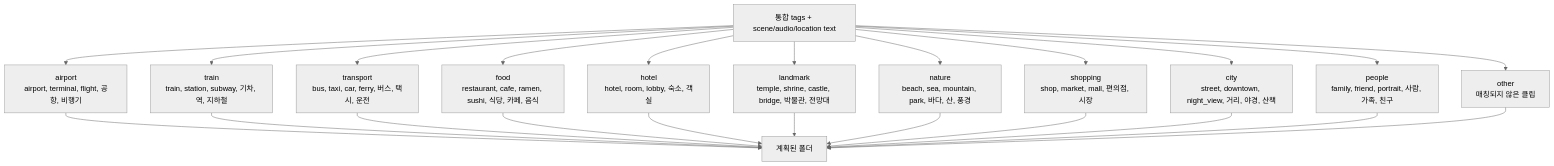
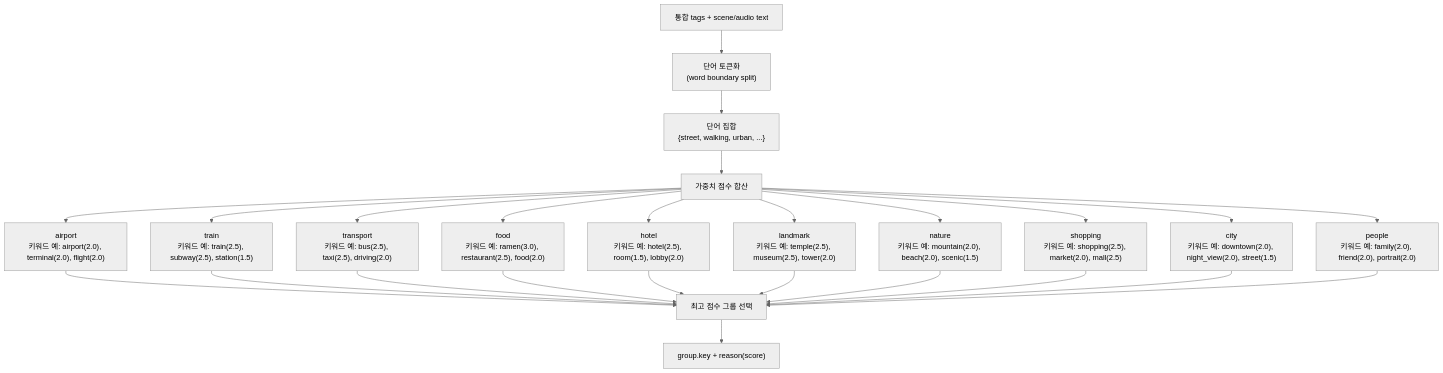
Before and after one commit to gongdongho12/clip-indexer: the second of 2 diagrams in README.md, drawn with Mermaid (neutral theme). The commit also changed other lines of this file, not shown here.

Commit message:
docs: update README with score-weighted classification flow

````diff
--- a/README.md
+++ b/README.md
@@ -267,26 +328,29 @@
 ```mermaid
 flowchart TB
-  Tags["통합 tags + scene/audio/location text"] --> Airport["airport\nairport, terminal, flight, 공항, 비행기"]
-  Tags --> Train["train\ntrain, station, subway, 기차, 역, 지하철"]
-  Tags --> Transport["transport\nbus, taxi, car, ferry, 버스, 택시, 운전"]
-  Tags --> Food["food\nrestaurant, cafe, ramen, sushi, 식당, 카페, 음식"]
-  Tags --> Hotel["hotel\nhotel, room, lobby, 숙소, 객실"]
-  Tags --> Landmark["landmark\ntemple, shrine, castle, bridge, 박물관, 전망대"]
-  Tags --> Nature["nature\nbeach, sea, mountain, park, 바다, 산, 풍경"]
-  Tags --> Shopping["shopping\nshop, market, mall, 편의점, 시장"]
-  Tags --> City["city\nstreet, downtown, night_view, 거리, 야경, 산책"]
-  Tags --> People["people\nfamily, friend, portrait, 사람, 가족, 친구"]
-  Tags --> Other["other\n매칭되지 않은 클립"]
+  Input["통합 tags + scene/audio text"] --> Tokenizer["단어 토큰화\n(word boundary split)"]
+  Tokenizer --> WordSet["단어 집합\n{street, walking, urban, ...}"]
+  WordSet --> Scorer["가중치 점수 합산"]
 
-  Airport --> PlannedFolder["계획된 폴더"]
-  Train --> PlannedFolder
-  Transport --> PlannedFolder
-  Food --> PlannedFolder
-  Hotel --> PlannedFolder
-  Landmark --> PlannedFolder
-  Nature --> PlannedFolder
-  Shopping --> PlannedFolder
-  City --> PlannedFolder
-  People --> PlannedFolder
-  Other --> PlannedFolder
+  Scorer --> Airport["airport\n키워드 예: airport(2.0), terminal(2.0), flight(2.0)"]
+  Scorer --> Train["train\n키워드 예: train(2.5), subway(2.5), station(1.5)"]
+  Scorer --> Transport["transport\n키워드 예: bus(2.5), taxi(2.5), driving(2.0)"]
+  Scorer --> Food["food\n키워드 예: ramen(3.0), restaurant(2.5), food(2.0)"]
+  Scorer --> Hotel["hotel\n키워드 예: hotel(2.5), room(1.5), lobby(2.0)"]
+  Scorer --> Landmark["landmark\n키워드 예: temple(2.5), museum(2.5), tower(2.0)"]
+  Scorer --> Nature["nature\n키워드 예: mountain(2.0), beach(2.0), scenic(1.5)"]
+  Scorer --> Shopping["shopping\n키워드 예: shopping(2.5), market(2.0), mall(2.5)"]
+  Scorer --> City["city\n키워드 예: downtown(2.0), night_view(2.0), street(1.5)"]
+  Scorer --> People["people\n키워드 예: family(2.0), friend(2.0), portrait(2.0)"]
+
+  Airport --> Winner["최고 점수 그룹 선택"]
+  Train --> Winner
+  Transport --> Winner
+  Food --> Winner
+  Hotel --> Winner
+  Landmark --> Winner
+  Nature --> Winner
+  Shopping --> Winner
+  City --> Winner
+  People --> Winner
+  Winner --> Result["group.key + reason(score)"]
 ```
````
